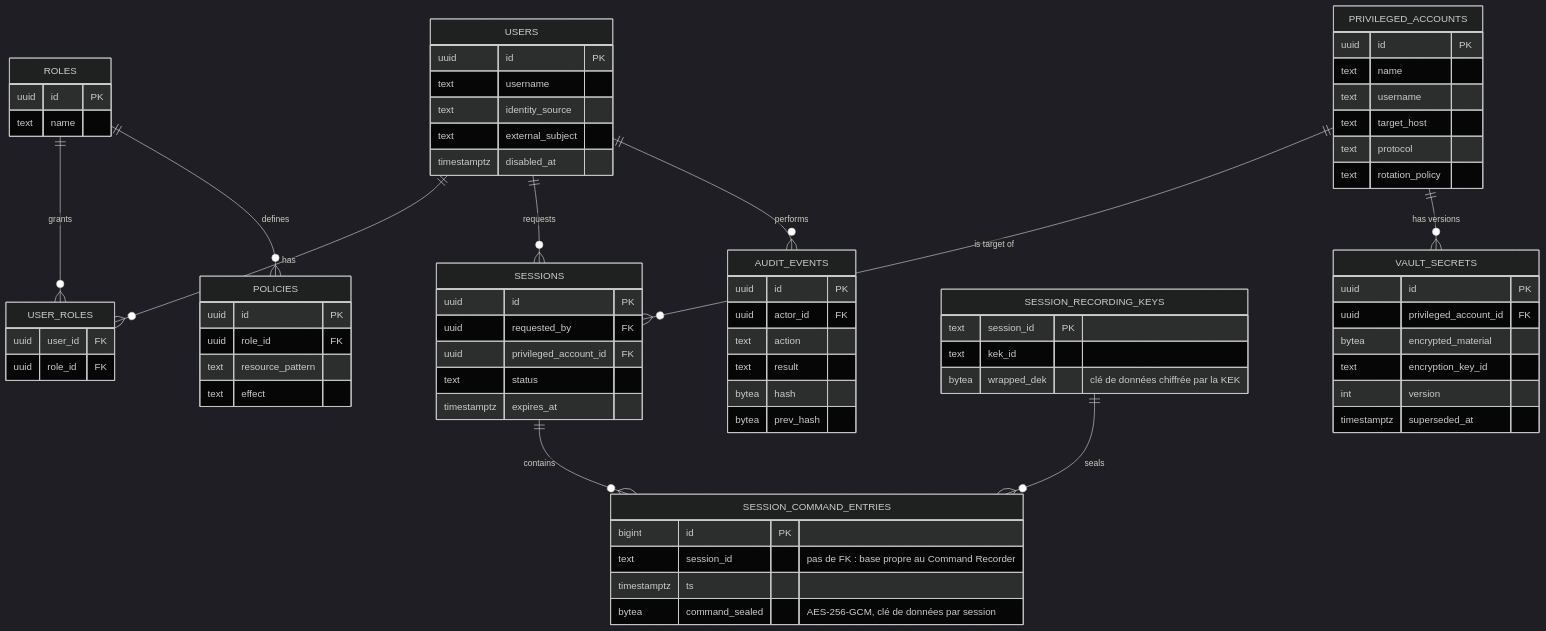
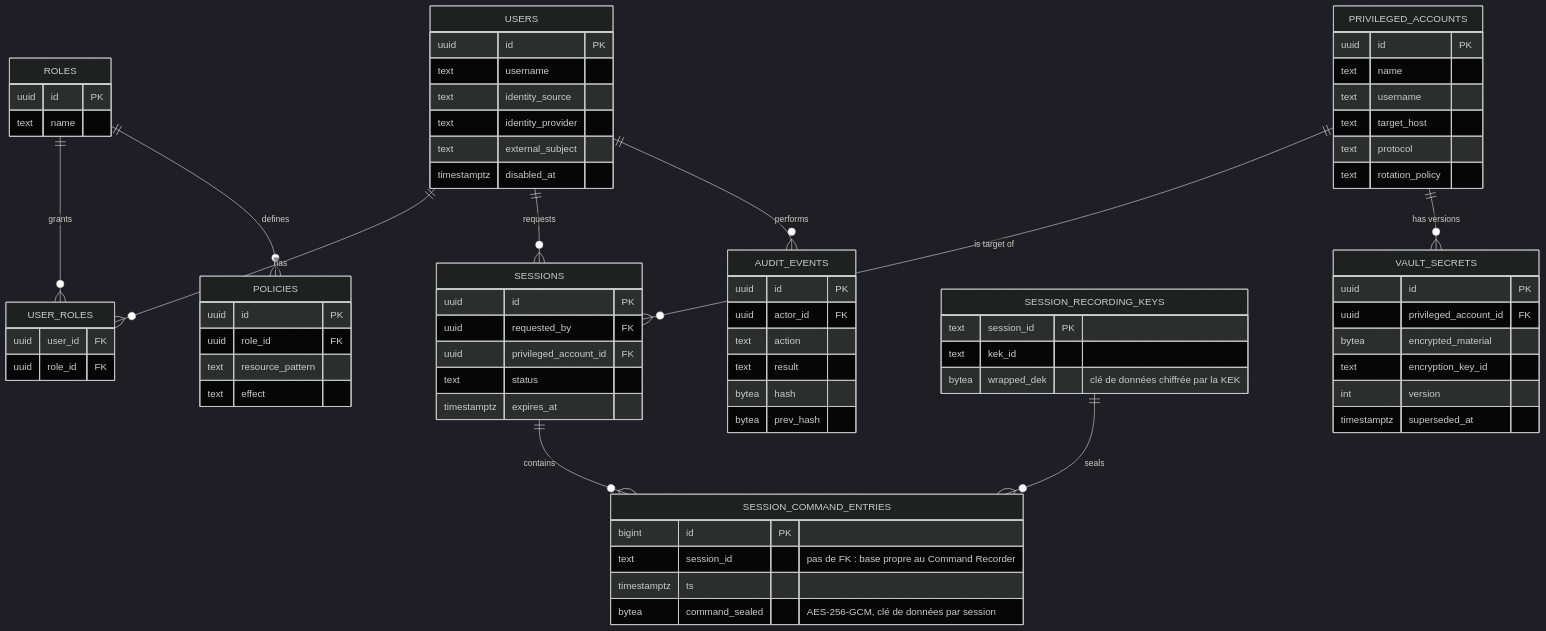
One commit to openbastion/openbastion.github.io changed the diagram in docs/architecture/data-architecture.md. Above: the diagram before and after it, drawn with Mermaid (dark theme). The commit also changed other lines of this file and 61 other files, not shown here.

````diff
--- a/docs/architecture/data-architecture.md
+++ b/docs/architecture/data-architecture.md
@@ -16,76 +16,77 @@
 ```mermaid
 erDiagram
     USERS ||--o{ USER_ROLES : has
     ROLES ||--o{ USER_ROLES : grants
     ROLES ||--o{ POLICIES : defines
     USERS ||--o{ SESSIONS : requests
     PRIVILEGED_ACCOUNTS ||--o{ SESSIONS : "is target of"
     PRIVILEGED_ACCOUNTS ||--o{ VAULT_SECRETS : "has versions"
     SESSIONS ||--o{ SESSION_COMMAND_ENTRIES : contains
     SESSION_RECORDING_KEYS ||--o{ SESSION_COMMAND_ENTRIES : seals
     USERS ||--o{ AUDIT_EVENTS : performs
 
     USERS {
         uuid id PK
         text username
         text identity_source
+        text identity_provider
         text external_subject
         timestamptz disabled_at
     }
     ROLES {
         uuid id PK
         text name
     }
     USER_ROLES {
         uuid user_id FK
         uuid role_id FK
     }
     POLICIES {
         uuid id PK
         uuid role_id FK
         text resource_pattern
         text effect
     }
     PRIVILEGED_ACCOUNTS {
         uuid id PK
         text name
         text username
         text target_host
         text protocol
         text rotation_policy
     }
     VAULT_SECRETS {
         uuid id PK
         uuid privileged_account_id FK
         bytea encrypted_material
         text encryption_key_id
         int version
         timestamptz superseded_at
     }
     SESSIONS {
         uuid id PK
         uuid requested_by FK
         uuid privileged_account_id FK
         text status
         timestamptz expires_at
     }
     SESSION_COMMAND_ENTRIES {
         bigint id PK
         text session_id "pas de FK : base propre au Command Recorder"
         timestamptz ts
         bytea command_sealed "AES-256-GCM, clé de données par session"
     }
     SESSION_RECORDING_KEYS {
         text session_id PK
         text kek_id
         bytea wrapped_dek "clé de données chiffrée par la KEK"
     }
     AUDIT_EVENTS {
         uuid id PK
         uuid actor_id FK
         text action
         text result
         bytea hash
         bytea prev_hash
     }
 ```
````
